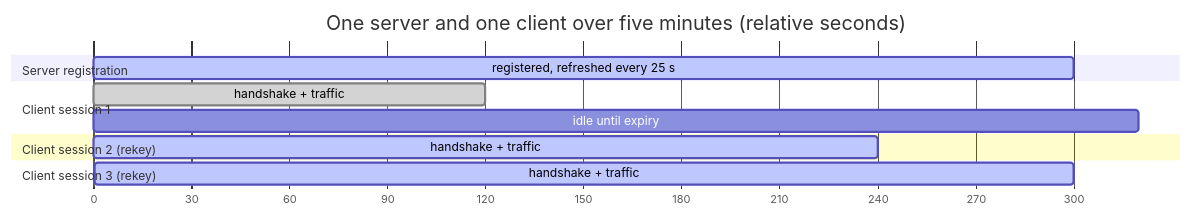
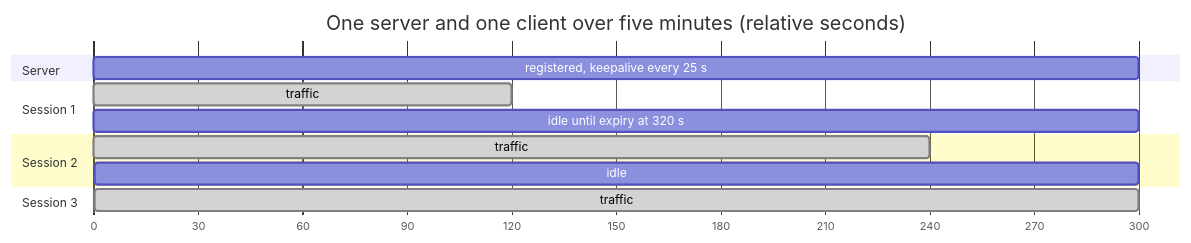
Before and after one commit to 3alpha/wg-relay: diagram 17 of 22 in docs/how-it-works.md, drawn with Mermaid. The commit also changed other lines of this file, not shown here.

````diff
--- a/docs/how-it-works.md
+++ b/docs/how-it-works.md
@@ -432,15 +677,16 @@
 ```mermaid
 gantt
     title One server and one client over five minutes (relative seconds)
     dateFormat X
     axisFormat %s
-    section Server registration
-    registered, refreshed every 25 s     :active, 0, 300
-    section Client session 1
-    handshake + traffic                  :done, 0, 120
-    idle until expiry                    :120, 320
-    section Client session 2 (rekey)
-    handshake + traffic                  :active, 120, 240
-    section Client session 3 (rekey)
-    handshake + traffic                  :active, 240, 300
+    section Server
+    registered, keepalive every 25 s     :0, 300
+    section Session 1
+    traffic                              :done, 0, 120
+    idle until expiry at 320 s           :120, 300
+    section Session 2
+    traffic                              :done, 120, 240
+    idle                                 :240, 300
+    section Session 3
+    traffic                              :done, 240, 300
 ```
````
